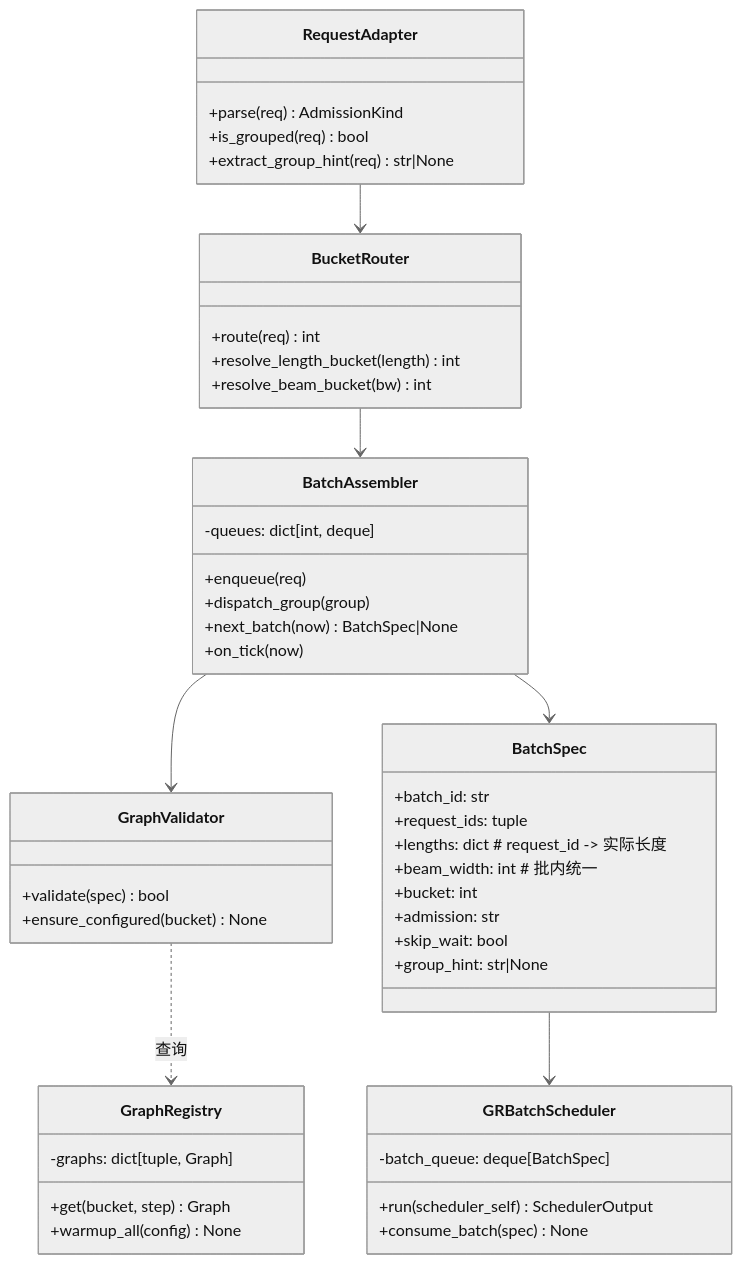
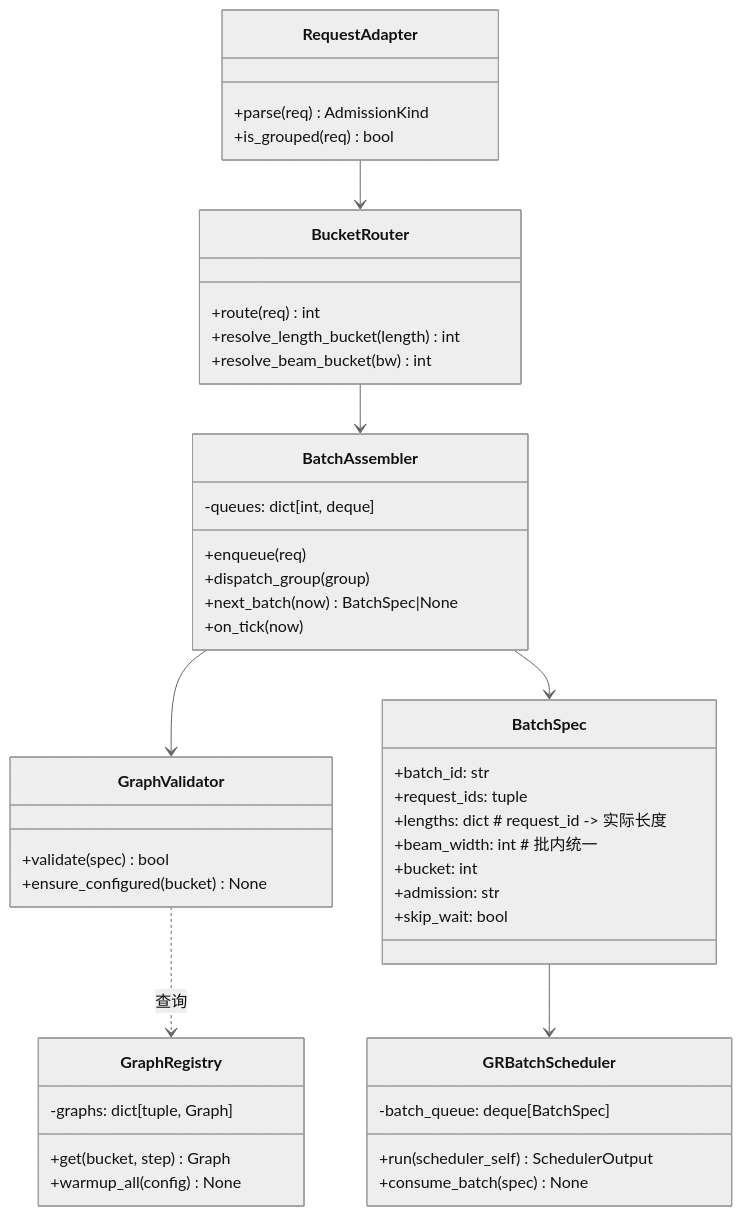
Before and after one commit to ZhiYunpenghuawei/p1: the fifth of 9 diagrams in scheduler_plugin_architecture.md, drawn with Mermaid (neutral theme). The commit also changed other lines of this file, not shown here.

````diff
--- a/scheduler_plugin_architecture.md
+++ b/scheduler_plugin_architecture.md
@@ -241,51 +241,49 @@
 ```mermaid
 classDiagram
     class RequestAdapter {
         +parse(req) AdmissionKind
         +is_grouped(req) bool
-        +extract_group_hint(req) str|None
     }
     class BucketRouter {
         +route(req) int
         +resolve_length_bucket(length) int
         +resolve_beam_bucket(bw) int
     }
     class BatchAssembler {
         +enqueue(req)
         +dispatch_group(group)
         +next_batch(now) BatchSpec|None
         +on_tick(now)
         -queues: dict[int, deque]
     }
     class GraphValidator {
         +validate(spec) bool
         +ensure_configured(bucket) None
     }
     class GraphRegistry {
         +get(bucket, step) Graph
         +warmup_all(config) None
         -graphs: dict[tuple, Graph]
     }
     class GRBatchScheduler {
         +run(scheduler_self) SchedulerOutput
         +consume_batch(spec) None
         -batch_queue: deque[BatchSpec]
     }
     class BatchSpec {
         +batch_id: str
         +request_ids: tuple
         +lengths: dict  # request_id -> 实际长度
         +beam_width: int  # 批内统一
         +bucket: int
         +admission: str
         +skip_wait: bool
-        +group_hint: str|None
     }
 
     RequestAdapter --> BucketRouter
     BucketRouter --> BatchAssembler
     BatchAssembler --> GraphValidator
     BatchAssembler --> BatchSpec
     BatchSpec --> GRBatchScheduler
     GraphValidator ..> GraphRegistry : 查询
 ```
````
